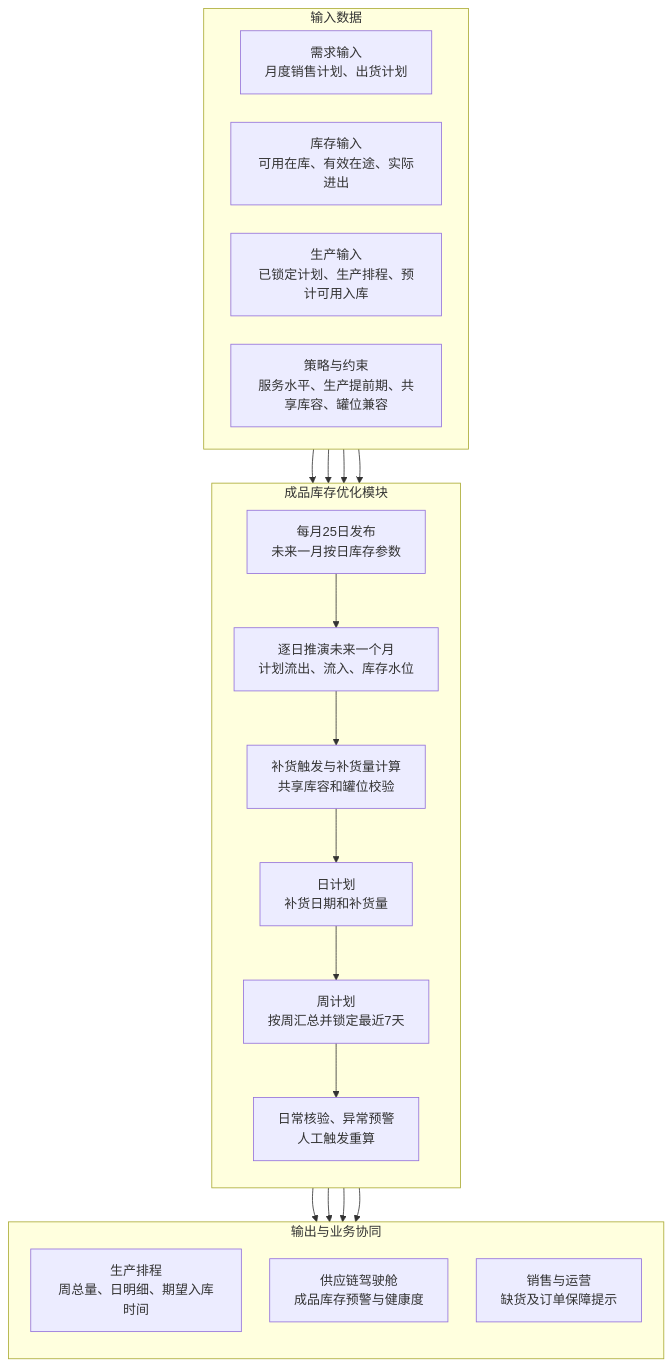
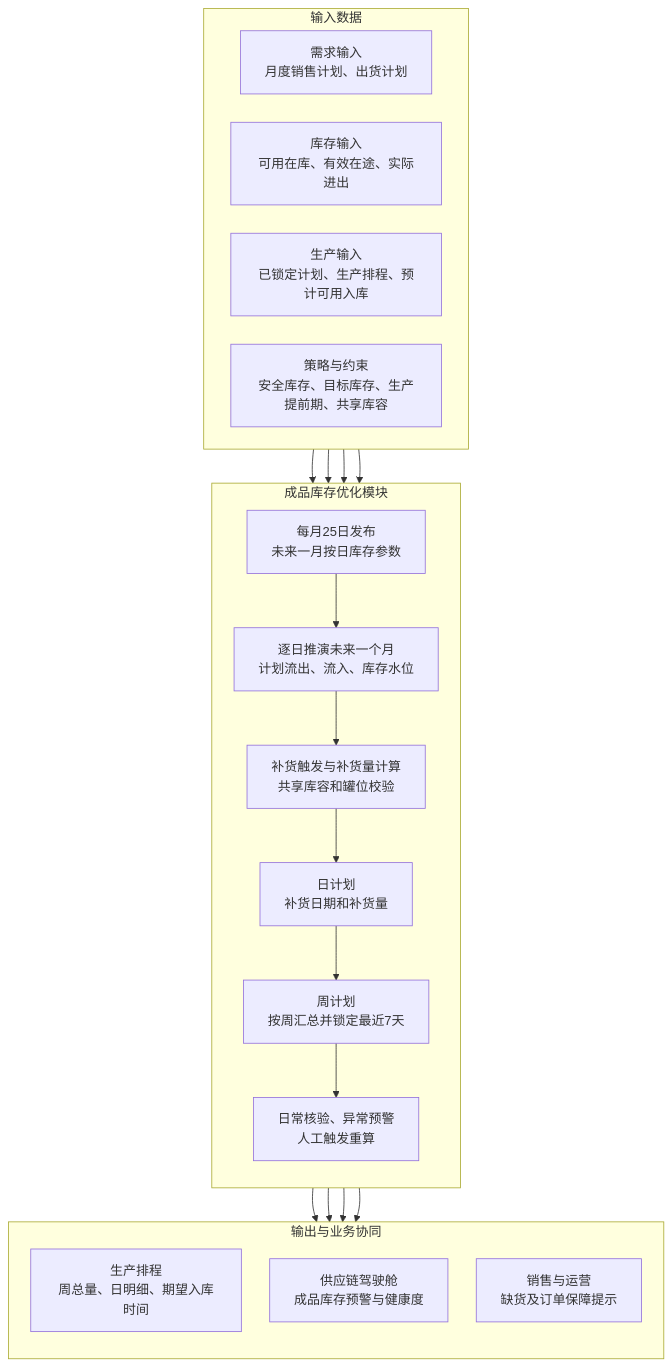
The diagram in 2-业务蓝图-draft/库存优化模块/库存优化模块技术方案.md (DDD71/scos_proj), drawn with Mermaid before and after one commit. The commit also changed other lines of this file and 2 other files, not shown here.

````diff
--- a/2-业务蓝图-draft/库存优化模块/库存优化模块技术方案.md
+++ b/2-业务蓝图-draft/库存优化模块/库存优化模块技术方案.md
@@ -22,37 +22,37 @@
 ```mermaid
 %%{init: {"flowchart": {"curve": "basis", "nodeSpacing": 35, "rankSpacing": 42}}}%%
 flowchart TB
     subgraph INPUT["输入数据"]
         direction LR
         A["需求输入<br/>月度销售计划、出货计划"]
         B["库存输入<br/>可用在库、有效在途、实际进出"]
         C["生产输入<br/>已锁定计划、生产排程、预计可用入库"]
-        D["策略与约束<br/>服务水平、生产提前期、共享库容、罐位兼容"]
+        D["策略与约束<br/>安全库存、目标库存、生产提前期、共享库容"]
     end
 
     subgraph INVENTORY["成品库存优化模块"]
         direction TB
         E["每月25日发布<br/>未来一月按日库存参数"] --> F["逐日推演未来一个月<br/>计划流出、流入、库存水位"]
         F --> G["补货触发与补货量计算<br/>共享库容和罐位校验"]
         G --> H["日计划<br/>补货日期和补货量"]
         H --> I["周计划<br/>按周汇总并锁定最近7天"]
         I --> J["日常核验、异常预警<br/>人工触发重算"]
     end
 
     A --> E
     B --> F
     C --> F
     D --> F
 
     subgraph OUTPUT["输出与业务协同"]
         direction TB
         K["生产排程<br/>周总量、日明细、期望入库时间"]
         L["供应链驾驶舱<br/>成品库存预警与健康度"]
         M["销售与运营<br/>缺货及订单保障提示"]
     end
 
     H --> K
     I --> K
     J --> M
     J --> L
 ```
````
